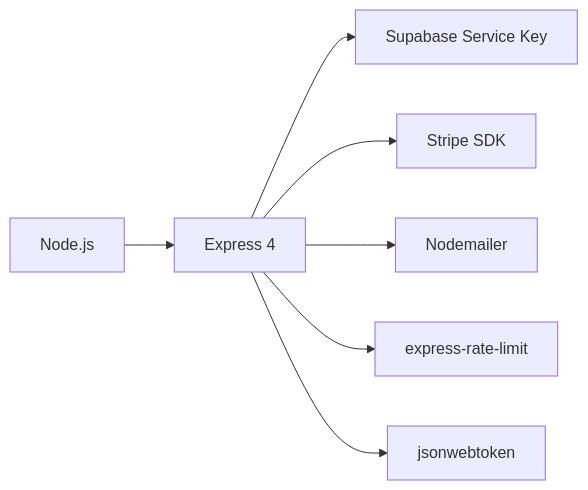
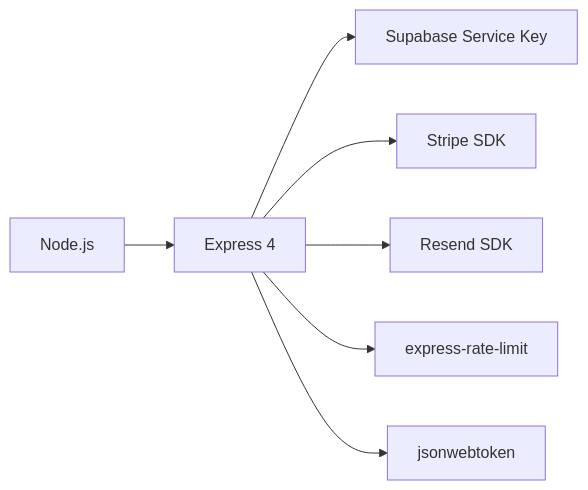
The fifth of 16 diagrams in docstecnica.md (msabbar02/PawMate), drawn with Mermaid before and after one commit. The commit also changed other lines of this file and 6 other files, not shown here.

Commit message:
feat(email): migrar de BillionMail/Nodemailer a Resend SDK

````diff
--- a/docstecnica.md
+++ b/docstecnica.md
@@ -130,9 +130,9 @@
 ```mermaid
 graph LR
     A[Node.js] --> B[Express 4]
     B --> C[Supabase Service Key]
     B --> D[Stripe SDK]
-    B --> E[Nodemailer]
+    B --> E[Resend SDK]
     B --> F[express-rate-limit]
     B --> G[jsonwebtoken]
 ```
````
